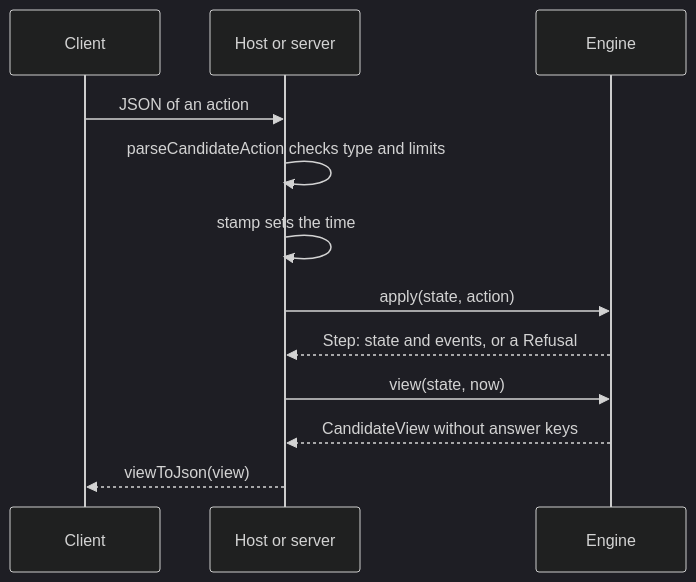
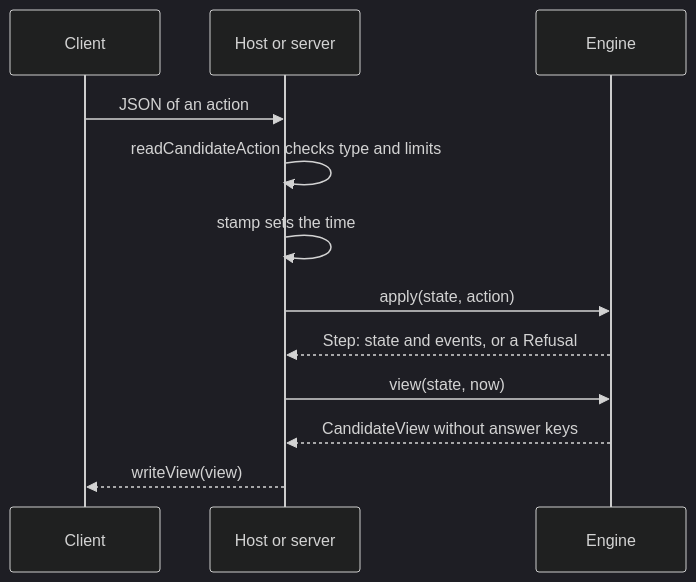
The second of 8 diagrams in docs/runtime/delivery.md (assesskit/assesskit), drawn with Mermaid (dark theme) before and after one commit. The commit also changed other lines of this file and 285 other files, not shown here.

````diff
--- a/docs/runtime/delivery.md
+++ b/docs/runtime/delivery.md
@@ -33,14 +33,14 @@
 ```mermaid
 sequenceDiagram
   participant Client
   participant Host as Host or server
   participant Engine
   Client->>Host: JSON of an action
-  Host->>Host: parseCandidateAction checks type and limits
+  Host->>Host: readCandidateAction checks type and limits
   Host->>Host: stamp sets the time
   Host->>Engine: apply(state, action)
   Engine-->>Host: Step: state and events, or a Refusal
   Host->>Engine: view(state, now)
   Engine-->>Host: CandidateView without answer keys
-  Host-->>Client: viewToJson(view)
+  Host-->>Client: writeView(view)
 ```
````
